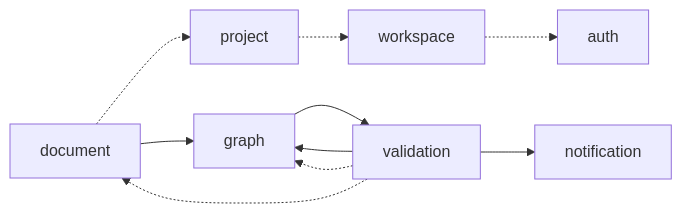
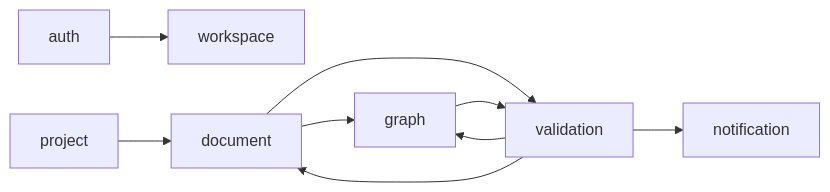
Before and after one commit to KHU-Cloud-2026-H/doc-graph: the first of 3 diagrams in docs/domains.md, drawn with Mermaid. The commit also changed other lines of this file, not shown here.

````diff
--- a/docs/domains.md
+++ b/docs/domains.md
@@ -7,21 +7,19 @@
 ```mermaid
 flowchart LR
     Auth[auth]
     Workspace[workspace]
     Project[project]
     Document[document]
     Graph[graph]
     Validation[validation]
     Notification[notification]
 
-    Workspace -.-> Auth
-    Project -.-> Workspace
-    Document -.-> Project
-
+    Auth --> Workspace
+    Project --> Document
     Document --> Graph
+    Document --> Validation
     Graph --> Validation
     Validation --> Graph
+    Validation --> Document
     Validation --> Notification
-    Validation -.-> Graph
-    Validation -.-> Document
 ```
````
